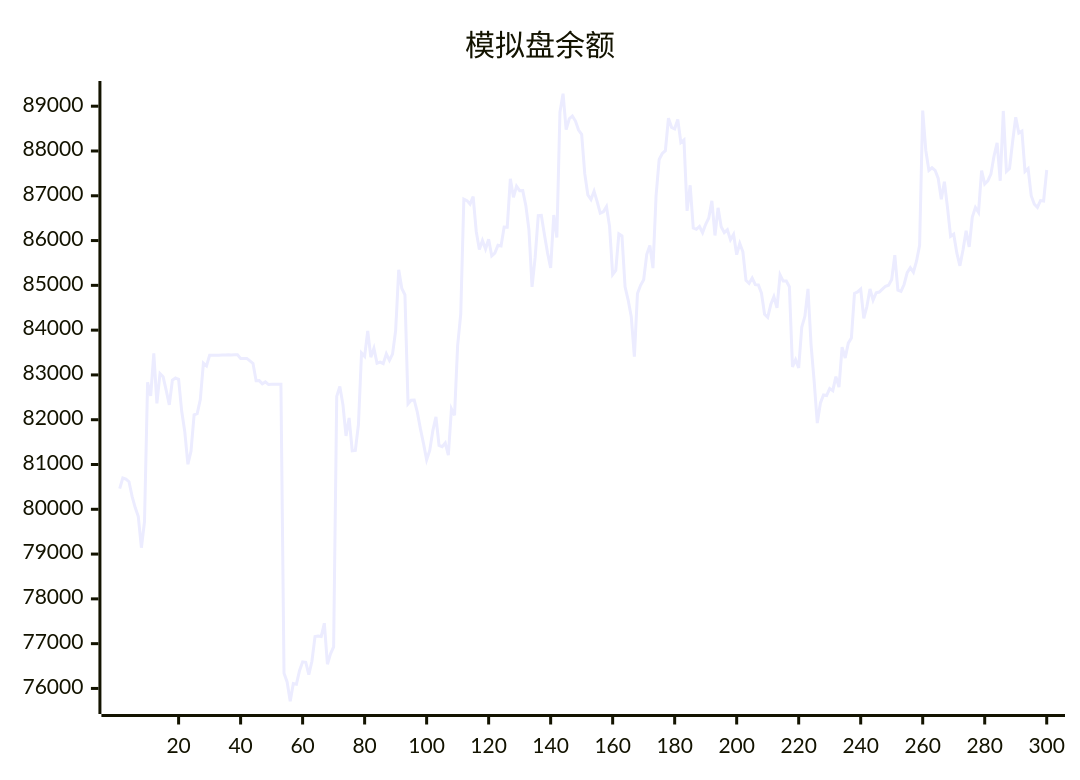
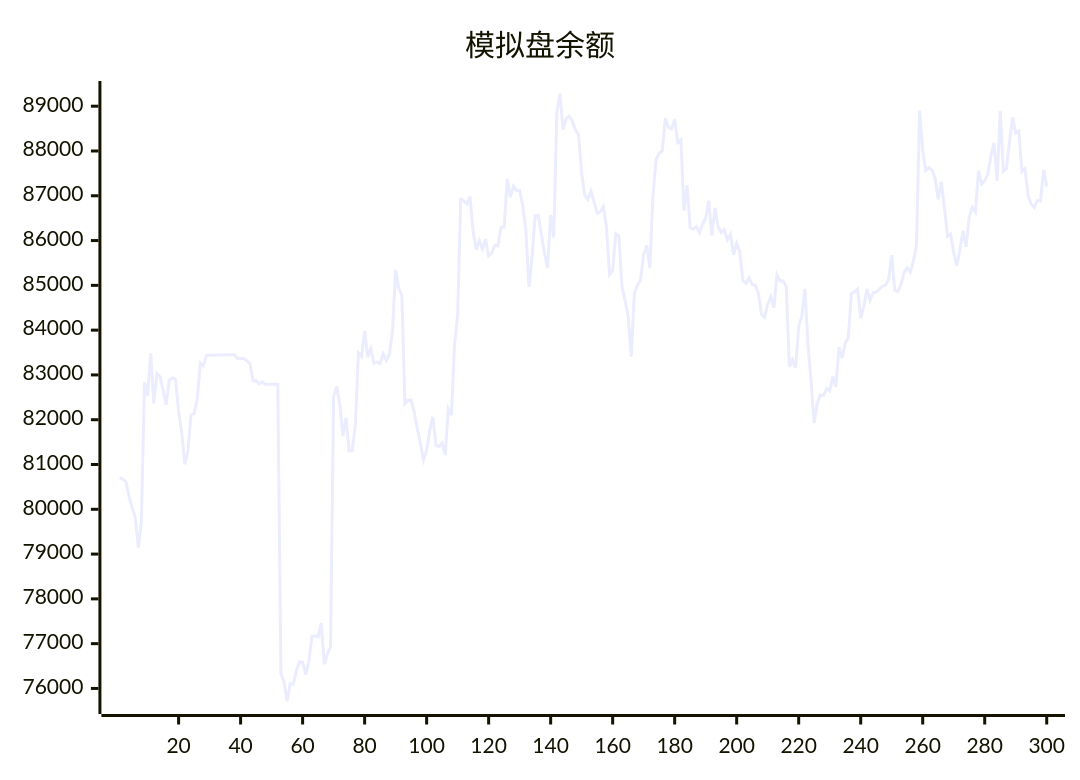
The diagram in README.md (aahl/ai-trading), drawn with Mermaid before and after one commit. The commit also changed other lines of this file and 1 other file, not shown here.

````diff
--- a/README.md
+++ b/README.md
@@ -5,5 +5,5 @@
 ```mermaid
 xychart
     title "模拟盘余额"
-    line [80461,80699,80673,80616,80288,80038,79836,79142,79722,82837,82533,83480,82366,83032,82960,82654,82330,82883,82934,82901,82188,81728,81005,81298,82110,82135,82449,83264,83203,83440,83439,83440,83440,83446,83447,83448,83447,83448,83449,83369,83369,83369,83313,83256,82872,82873,82801,82844,82785,82791,82791,82793,82794,76339,76145,75714,76110,76096,76397,76594,76585,76310,76607,77160,77170,77160,77456,76541,76774,76927,82520,82744,82337,81639,82040,81307,81314,81887,83490,83414,83984,83396,83594,83261,83287,83253,83470,83327,83465,83987,85348,84930,84786,82355,82433,82438,82167,81795,81466,81105,81315,81756,82064,81426,81398,81481,81210,82242,82099,83658,84359,86925,86892,86814,86980,86203,85802,86003,85811,86028,85657,85721,85896,85880,86300,86299,87378,86965,87214,87115,87118,86780,86238,84966,85623,86555,86562,86129,85722,85387,86569,86070,88870,89278,88477,88720,88781,88668,88467,88372,87493,87018,86917,87102,86870,86613,86644,86758,86317,85242,85334,86149,86106,84968,84671,84302,83410,84816,85001,85127,85693,85891,85384,87001,87811,87945,88007,88734,88528,88495,88705,88189,88248,86662,87234,86279,86251,86314,86177,86364,86503,86886,86114,86731,86310,86176,86240,86017,86136,85685,85938,85749,85111,85044,85164,85016,85008,84824,84354,84287,84572,84745,84500,85234,85096,85095,84970,83180,83338,83157,84070,84309,84922,83667,82850,81924,82369,82552,82539,82695,82648,82962,82728,83619,83378,83710,83825,84819,84854,84917,84265,84527,84919,84668,84834,84850,84916,84981,85004,85131,85674,84891,84864,85019,85284,85393,85294,85538,85894,88904,88012,87567,87625,87568,87386,86920,87313,86737,86094,86143,85725,85437,85787,86219,85859,86526,86740,86630,87563,87264,87335,87483,87886,88180,87335,88894,87544,87608,88207,88755,88401,88444,87543,87608,87000,86810,86740,86894,86884,87576]
+    line [80699,80673,80616,80288,80038,79836,79142,79722,82837,82533,83480,82366,83032,82960,82654,82330,82883,82934,82901,82188,81728,81005,81298,82110,82135,82449,83264,83203,83440,83439,83440,83440,83446,83447,83448,83447,83448,83449,83369,83369,83369,83313,83256,82872,82873,82801,82844,82785,82791,82791,82793,82794,76339,76145,75714,76110,76096,76397,76594,76585,76310,76607,77160,77170,77160,77456,76541,76774,76927,82520,82744,82337,81639,82040,81307,81314,81887,83490,83414,83984,83396,83594,83261,83287,83253,83470,83327,83465,83987,85348,84930,84786,82355,82433,82438,82167,81795,81466,81105,81315,81756,82064,81426,81398,81481,81210,82242,82099,83658,84359,86925,86892,86814,86980,86203,85802,86003,85811,86028,85657,85721,85896,85880,86300,86299,87378,86965,87214,87115,87118,86780,86238,84966,85623,86555,86562,86129,85722,85387,86569,86070,88870,89278,88477,88720,88781,88668,88467,88372,87493,87018,86917,87102,86870,86613,86644,86758,86317,85242,85334,86149,86106,84968,84671,84302,83410,84816,85001,85127,85693,85891,85384,87001,87811,87945,88007,88734,88528,88495,88705,88189,88248,86662,87234,86279,86251,86314,86177,86364,86503,86886,86114,86731,86310,86176,86240,86017,86136,85685,85938,85749,85111,85044,85164,85016,85008,84824,84354,84287,84572,84745,84500,85234,85096,85095,84970,83180,83338,83157,84070,84309,84922,83667,82850,81924,82369,82552,82539,82695,82648,82962,82728,83619,83378,83710,83825,84819,84854,84917,84265,84527,84919,84668,84834,84850,84916,84981,85004,85131,85674,84891,84864,85019,85284,85393,85294,85538,85894,88904,88012,87567,87625,87568,87386,86920,87313,86737,86094,86143,85725,85437,85787,86219,85859,86526,86740,86630,87563,87264,87335,87483,87886,88180,87335,88894,87544,87608,88207,88755,88401,88444,87543,87608,87000,86810,86740,86894,86884,87576,87209]
 ```
````
